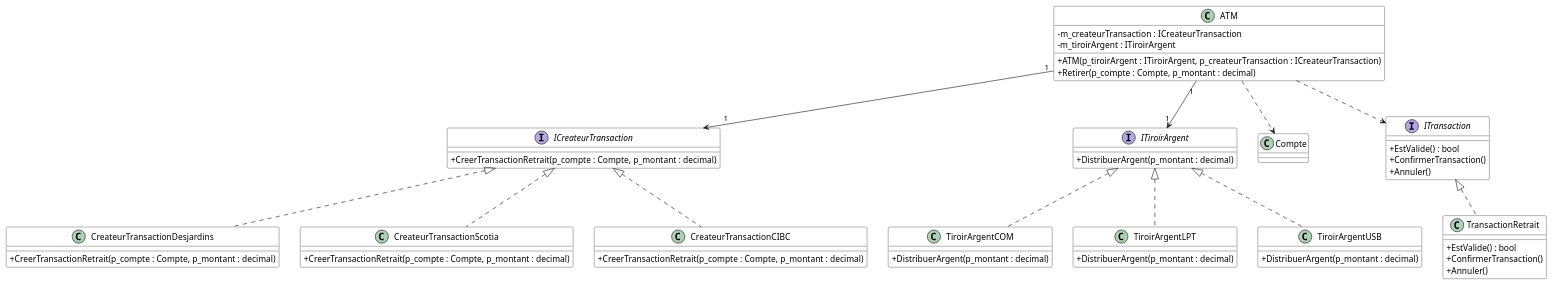
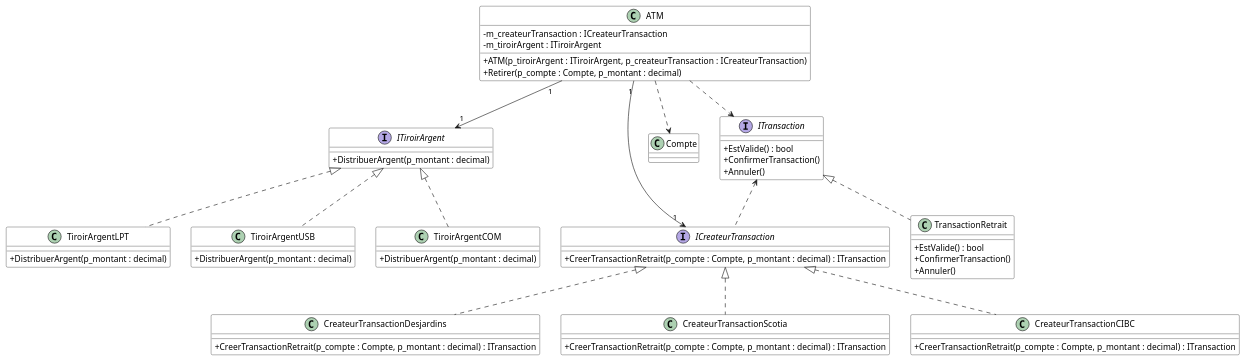
Before and after one commit to PiFou86/420-W30-SF: the diagram in Module04_Principes_SOLID/diag/src/M04_Exercice3_DiagClasses_PropositionCorrection.wsd, drawn with PlantUML.

Commit message:
Ajout éléments correction

```diff
--- a/Module04_Principes_SOLID/diag/src/M04_Exercice3_DiagClasses_PropositionCorrection.wsd
+++ b/Module04_Principes_SOLID/diag/src/M04_Exercice3_DiagClasses_PropositionCorrection.wsd
@@ -1,84 +1,85 @@
 @startuml Exercice03_PropSol
 
 skinparam classAttributeIconSize 0
 skinparam class {
     BackgroundColor White
     BorderColor #000
 }
 
 
 ATM "1" --> "1" ICreateurTransaction
 ATM "1" --> "1" ITiroirArgent
 
 ATM ..> Compte
 ATM ..> ITransaction
 
 ITransaction <|.. TransactionRetrait
+ITransaction <.. ICreateurTransaction
 
 ITiroirArgent <|.. TiroirArgentCOM
 ITiroirArgent <|.. TiroirArgentLPT
 ITiroirArgent <|.. TiroirArgentUSB
 
 ICreateurTransaction <|.. CreateurTransactionDesjardins
 ICreateurTransaction <|.. CreateurTransactionScotia
 ICreateurTransaction <|.. CreateurTransactionCIBC
 
 class ATM {
 
     - m_createurTransaction : ICreateurTransaction
     - m_tiroirArgent : ITiroirArgent
 
     + ATM(p_tiroirArgent : ITiroirArgent, p_createurTransaction : ICreateurTransaction)
     + Retirer(p_compte : Compte, p_montant : decimal)
 }
 
 class Compte {
 
 }
 
 interface ITiroirArgent {
     + DistribuerArgent(p_montant : decimal)
 }
 
 interface ITransaction {
    + EstValide() : bool
    + ConfirmerTransaction()
    + Annuler()
 }
 
 interface ICreateurTransaction {
-    + CreerTransactionRetrait(p_compte : Compte, p_montant : decimal)
+    + CreerTransactionRetrait(p_compte : Compte, p_montant : decimal) : ITransaction
 }
 
 class CreateurTransactionDesjardins {
-    + CreerTransactionRetrait(p_compte : Compte, p_montant : decimal)
+    + CreerTransactionRetrait(p_compte : Compte, p_montant : decimal) : ITransaction
 }
 
 class CreateurTransactionScotia {
-    + CreerTransactionRetrait(p_compte : Compte, p_montant : decimal)
+    + CreerTransactionRetrait(p_compte : Compte, p_montant : decimal) : ITransaction
 }
 
 class CreateurTransactionCIBC {
-    + CreerTransactionRetrait(p_compte : Compte, p_montant : decimal)
+    + CreerTransactionRetrait(p_compte : Compte, p_montant : decimal) : ITransaction
 }
 
 class TiroirArgentCOM {
     + DistribuerArgent(p_montant : decimal)
 }
 
 class TiroirArgentLPT {
     + DistribuerArgent(p_montant : decimal)
 }
 
 class TiroirArgentUSB {
     + DistribuerArgent(p_montant : decimal)
 }
 
 class TransactionRetrait {
    + EstValide() : bool
    + ConfirmerTransaction()
    + Annuler()
 }
 
 
 @enduml
```
